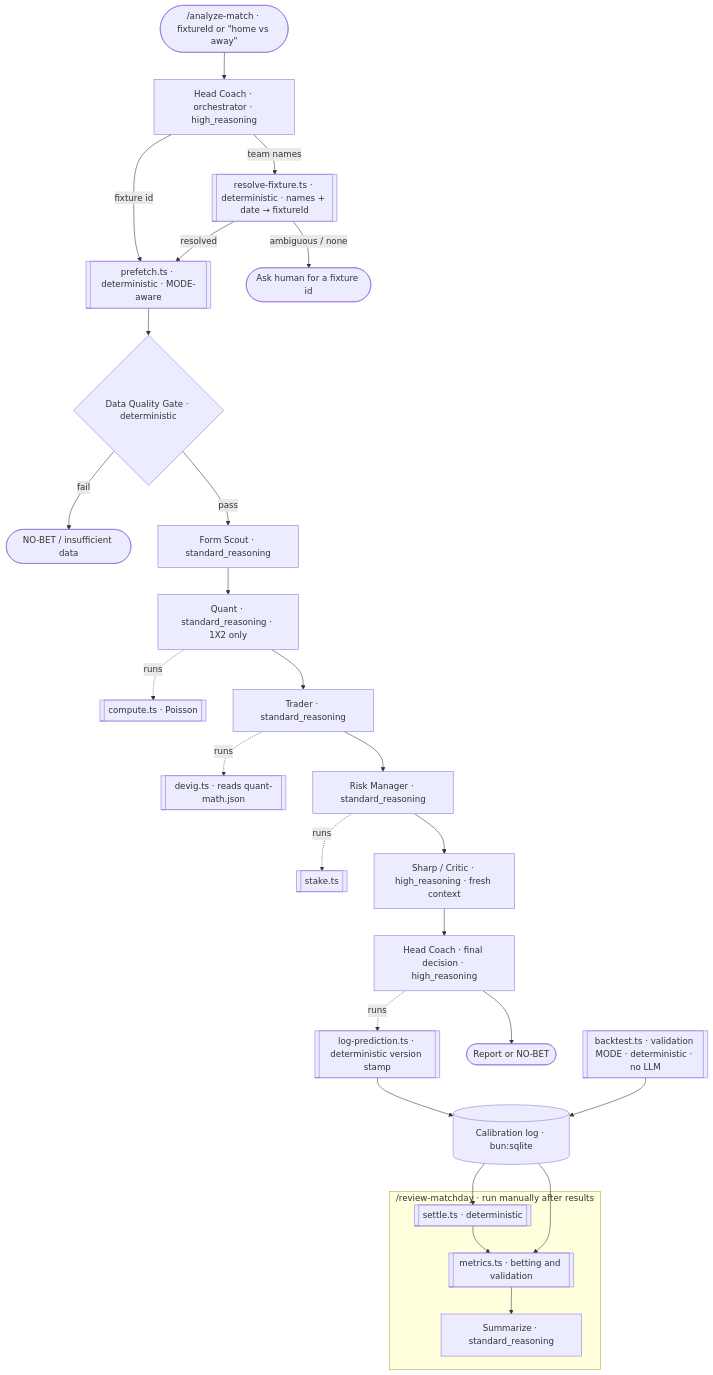
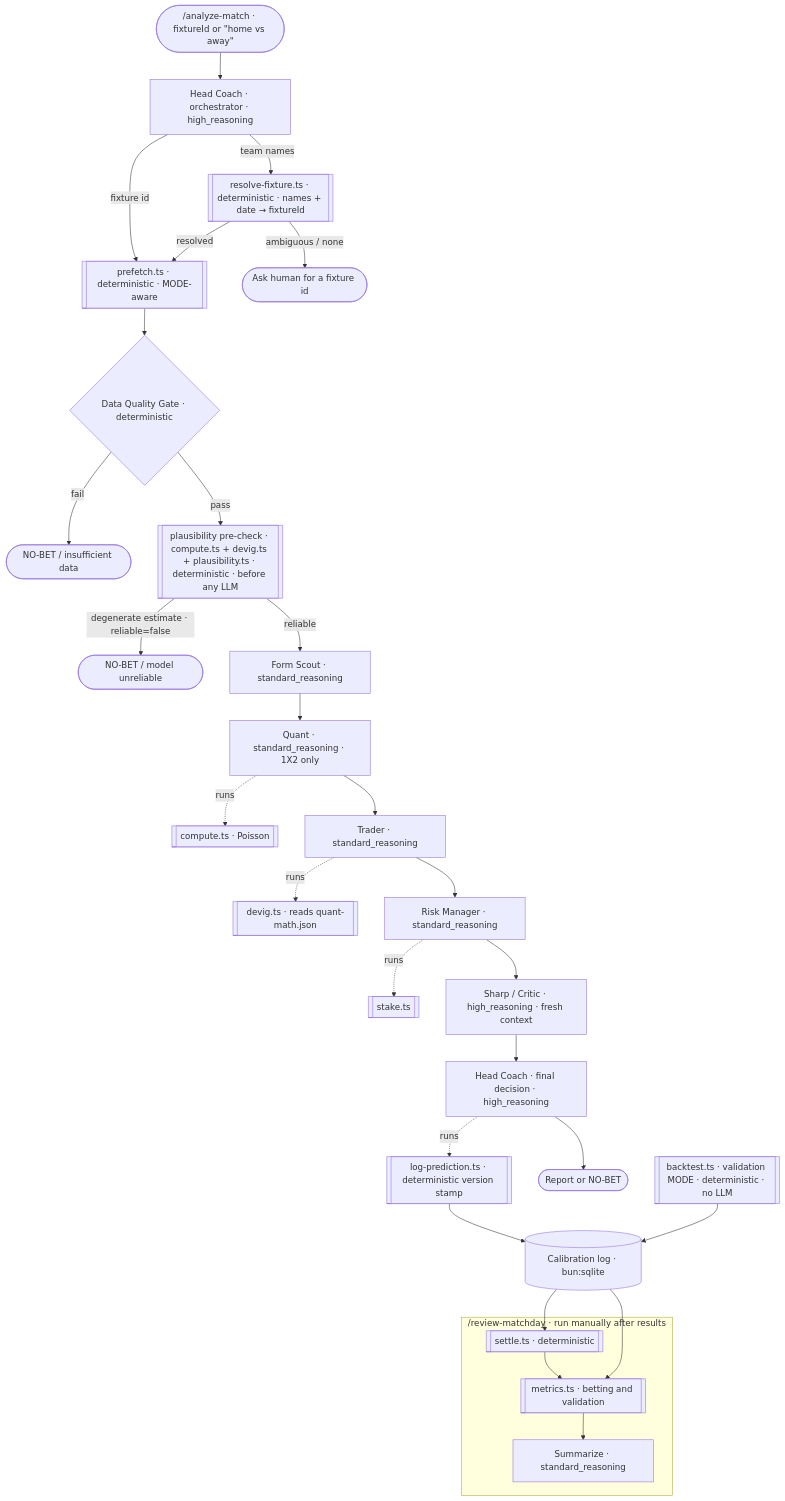
One commit to super-kamil/backroom changed the diagram in AGENTS.md. Above: the diagram before and after it, drawn with Mermaid. The commit also changed other lines of this file and 12 other files, not shown here.

````diff
--- a/AGENTS.md
+++ b/AGENTS.md
@@ -118,28 +119,30 @@
 ```mermaid
 flowchart TD
     U(["/analyze-match · fixtureId or &quot;home vs away&quot;"]) --> HC[Head Coach · orchestrator · high_reasoning]
     HC -->|team names| RES[[resolve-fixture.ts · deterministic · names + date → fixtureId]]
     HC -->|fixture id| PF[[prefetch.ts · deterministic · MODE-aware]]
     RES -->|resolved| PF
     RES -->|ambiguous / none| ASK([Ask human for a fixture id])
     PF --> DQ{Data Quality Gate · deterministic}
     DQ -->|fail| NB([NO-BET / insufficient data])
-    DQ -->|pass| FS[Form Scout · standard_reasoning]
+    DQ -->|pass| PC[[plausibility pre-check · compute.ts + devig.ts + plausibility.ts · deterministic · before any LLM]]
+    PC -->|degenerate estimate · reliable=false| NBU([NO-BET / model unreliable])
+    PC -->|reliable| FS[Form Scout · standard_reasoning]
     FS --> Q[Quant · standard_reasoning · 1X2 only]
     Q -. runs .-> CM[[compute.ts · Poisson]]
     Q --> T[Trader · standard_reasoning]
     T -. runs .-> DV[[devig.ts · reads quant-math.json]]
     T --> RM[Risk Manager · standard_reasoning]
     RM -. runs .-> ST[[stake.ts]]
     RM --> SH[Sharp / Critic · high_reasoning · fresh context]
     SH --> DEC[Head Coach · final decision · high_reasoning]
     DEC -. runs .-> LP[[log-prediction.ts · deterministic version stamp]]
     DEC --> OUT([Report or NO-BET])
     LP --> LOG[(Calibration log · bun:sqlite)]
     BT[[backtest.ts · validation MODE · deterministic · no LLM]] --> LOG
     subgraph Review["/review-matchday · run manually after results"]
       SET[[settle.ts · deterministic]] --> MET[[metrics.ts · betting and validation]] --> SUM[Summarize · standard_reasoning]
     end
     LOG --> SET
     LOG --> MET
 ```
````
